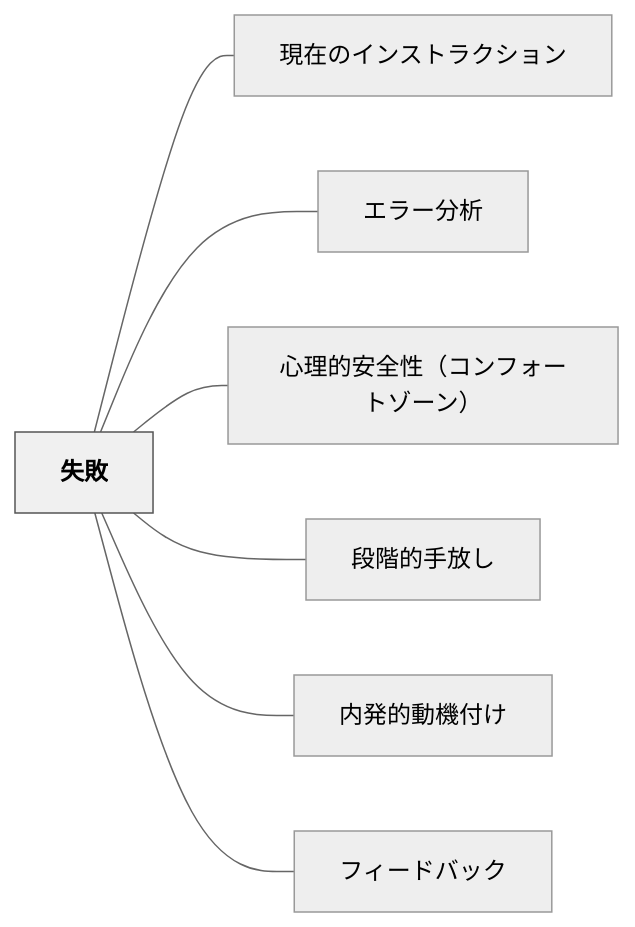
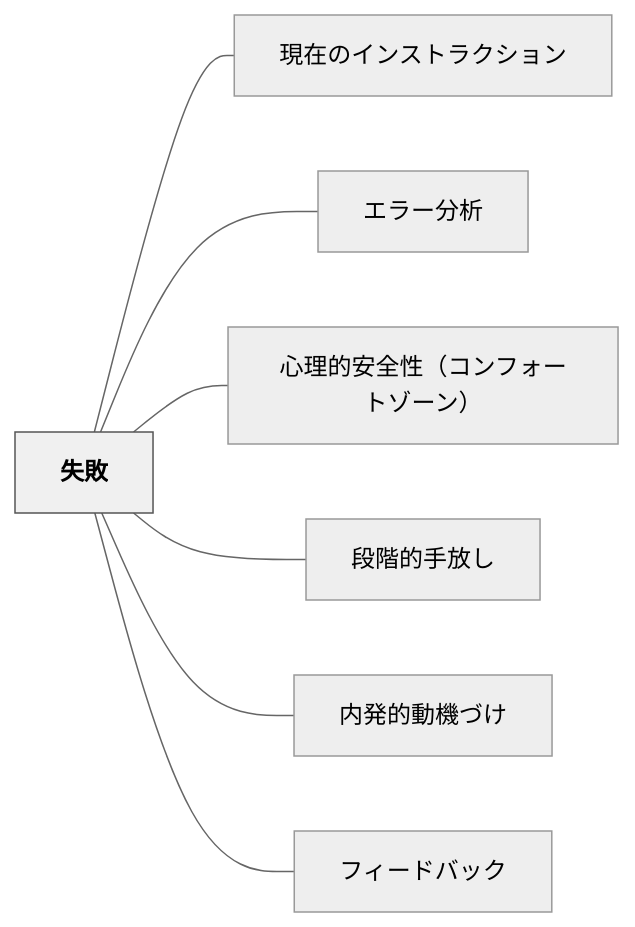
One commit to unknownthings-ed-patterns/unknownthings-ed-patterns changed the diagram in content/パタン/失敗.md. Above: the diagram before and after it, drawn with Mermaid (neutral theme). The commit also changed other lines of this file and 234 other files, not shown here.

````diff
--- a/content/パタン/失敗.md
+++ b/content/パタン/失敗.md
@@ -73,20 +73,20 @@
 ```mermaid
 flowchart LR
     ne5a4b1e69597["失敗"]
     ne78fbee59ca8e381aee382a4e383b3e382b9e38388e383a9e382afe382b7e383a7e383b3["現在のインストラクション"]
     ne382a8e383a9e383bce58886e69e90["エラー分析"]
     ne5bf83e79086e79a84e5ae89e585a8e680a7efbc88e382b3e383b3e38395e382a9e383bce38388e382bee383bce383b3efbc89["心理的安全性（コンフォートゾーン）"]
     ne6aeb5e99a8ee79a84e6898be694bee38197["段階的手放し"]
-    ne58685e799bae79a84e58b95e6a99fe4bb98e38191["内発的動機付け"]
+    ne58685e799bae79a84e58b95e6a99fe381a5e38191["内発的動機づけ"]
     ne38395e382a3e383bce38389e38390e38383e382af["フィードバック"]
 
     ne5a4b1e69597 --- ne78fbee59ca8e381aee382a4e383b3e382b9e38388e383a9e382afe382b7e383a7e383b3
     ne5a4b1e69597 --- ne382a8e383a9e383bce58886e69e90
     ne5a4b1e69597 --- ne5bf83e79086e79a84e5ae89e585a8e680a7efbc88e382b3e383b3e38395e382a9e383bce38388e382bee383bce383b3efbc89
     ne5a4b1e69597 --- ne6aeb5e99a8ee79a84e6898be694bee38197
-    ne5a4b1e69597 --- ne58685e799bae79a84e58b95e6a99fe4bb98e38191
+    ne5a4b1e69597 --- ne58685e799bae79a84e58b95e6a99fe381a5e38191
     ne5a4b1e69597 --- ne38395e382a3e383bce38389e38390e38383e382af
 
     classDef hub fill:#f0f0f0,stroke:#555,color:#000,font-weight:bold
     class ne5a4b1e69597 hub
 ```
````
